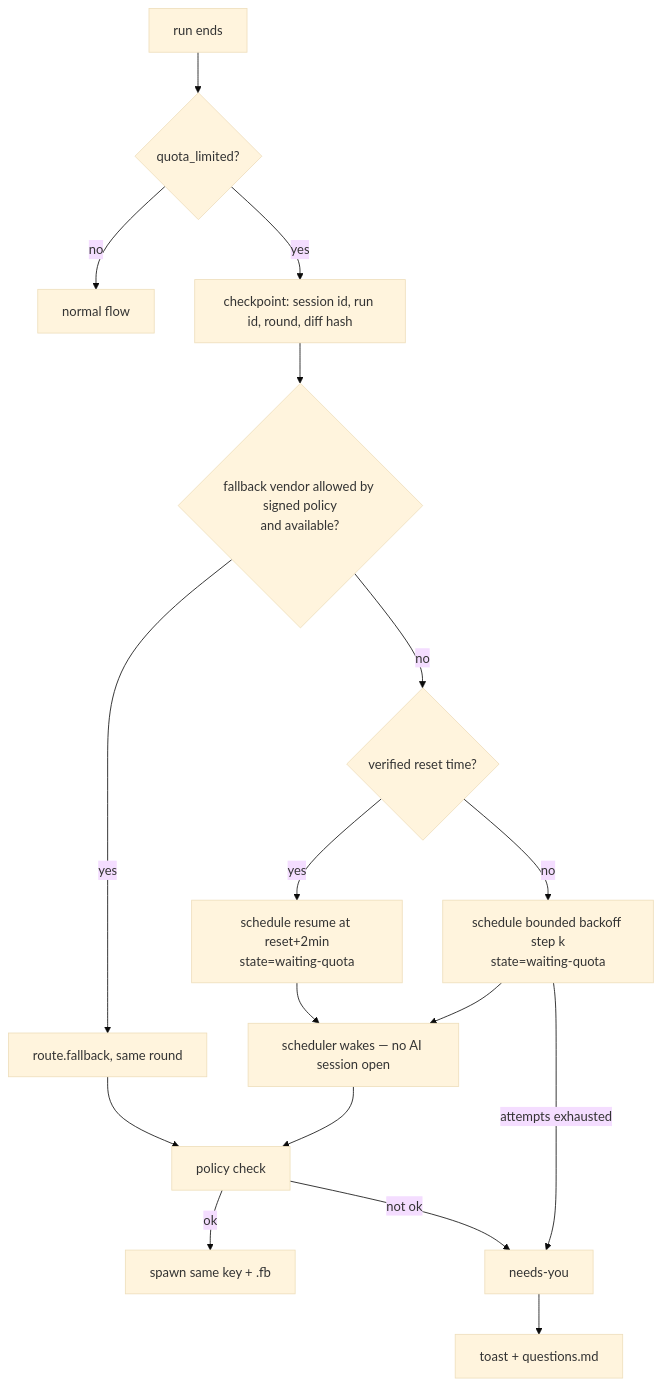
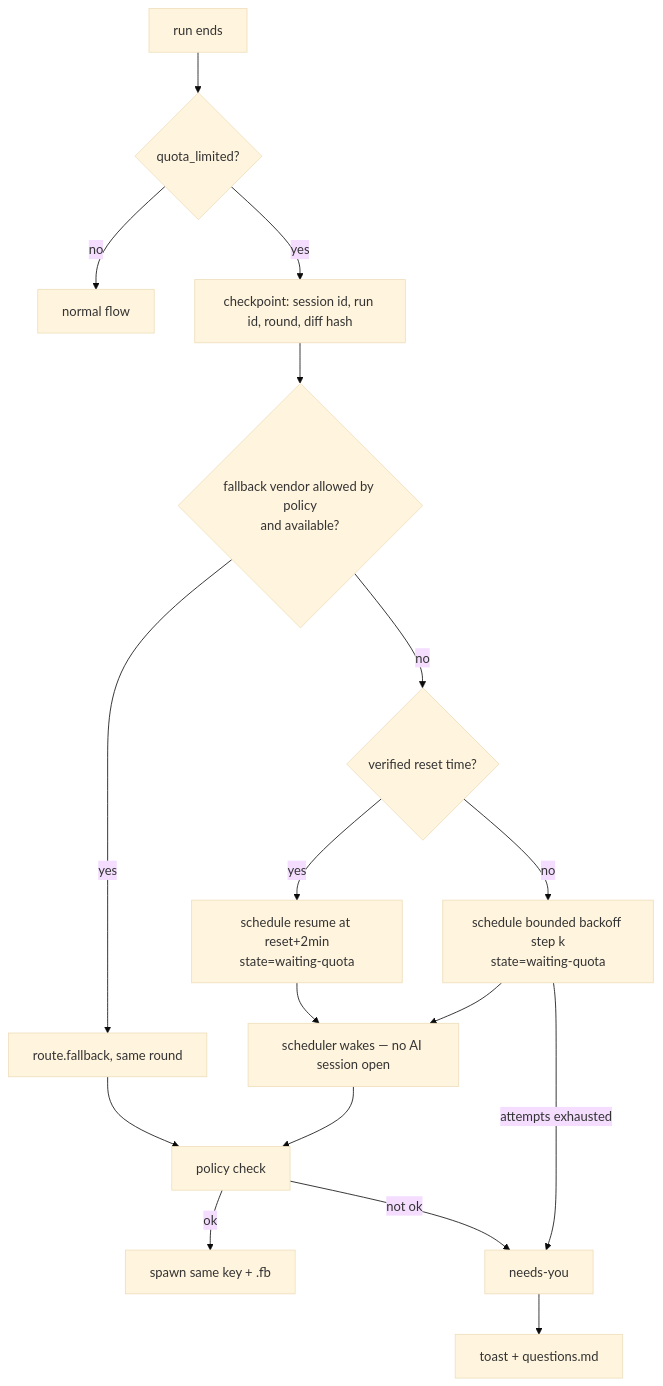
The fifth of 6 diagrams in docs/ARCHITECTURE.md (wunzent/honeyguide), drawn with Mermaid (base theme) before and after one commit. The commit also changed other lines of this file and 38 other files, not shown here.

````diff
--- a/docs/ARCHITECTURE.md
+++ b/docs/ARCHITECTURE.md
@@ -426,19 +371,19 @@
 ```mermaid
 flowchart TD
   A[run ends] --> B{quota_limited?}
   B -- no --> Z[normal flow]
   B -- yes --> C[checkpoint: session id, run id, round, diff hash]
-  C --> D{fallback vendor allowed by signed policy<br/>and available?}
+  C --> D{fallback vendor allowed by policy<br/>and available?}
   D -- yes --> E[route.fallback, same round]
   E --> F[policy check]
   F -- ok --> G[spawn same key + .fb]
   F -- not ok --> N[needs-you]
   D -- no --> H{verified reset time?}
   H -- yes --> I[schedule resume at reset+2min<br/>state=waiting-quota]
   H -- no --> J[schedule bounded backoff step k<br/>state=waiting-quota]
   I --> K[scheduler wakes — no AI session open]
   J --> K
   K --> F
   J -- attempts exhausted --> N
   N --> T[toast + questions.md]
 ```
````
